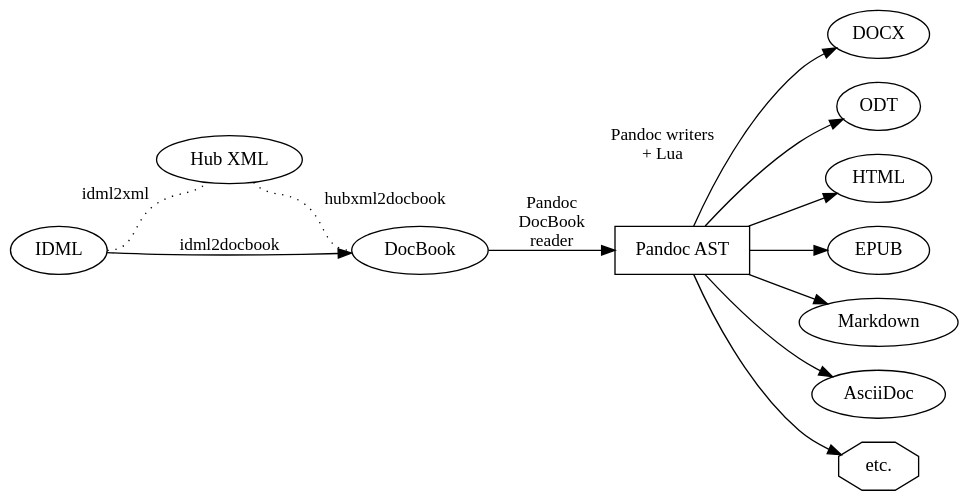
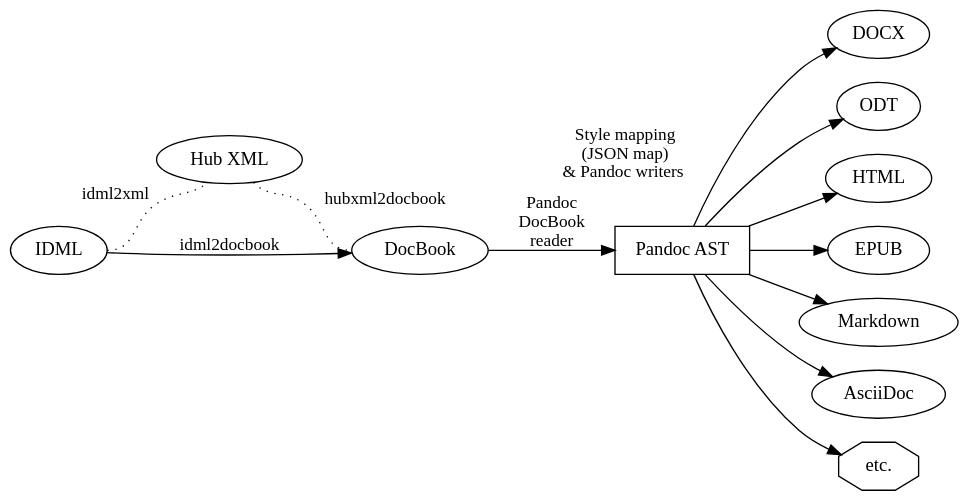
The diagram in docs/source/graphs/conversions.dot (yanntrividic/idml-pandoc-reader), drawn with Graphviz before and after one commit. The commit also changed 50 other files, not shown here.

```diff
--- a/docs/source/graphs/conversions.dot
+++ b/docs/source/graphs/conversions.dot
@@ -1,17 +1,17 @@
 digraph conversions {
     bgcolor="transparent"
     rankdir="LR"
     p [shape=box label="Pandoc AST"]
     "IDML":e -> "Hub XML":sw [xlabel="\nidml2xml" style="dotted" fontsize=13 arrowhead=none];
     "Hub XML":se -> "DocBook":w [xlabel="\nhubxml2docbook" style="dotted" fontsize=13 arrowhead=none];
     "IDML" -> "DocBook" [label="\n\nidml2docbook" labelloc="b" fontsize=13];
     "DocBook" -> p [label="Pandoc\nDocBook\nreader" fontsize=13];
-    p -> "DOCX" [xlabel="Pandoc writers    \n + Lua    " fontsize=13];
+    p -> "DOCX" [xlabel="Style mapping \n(JSON map) \n        & Pandoc writers        " fontsize=13];
     p -> "ODT";
     p -> "HTML";
     p -> "EPUB";
     p -> "Markdown";
     p -> "AsciiDoc";
     etc [shape=octagon label="etc." href="https://pandoc.org/diagram.svgz"]
     p -> etc;
 }
```
